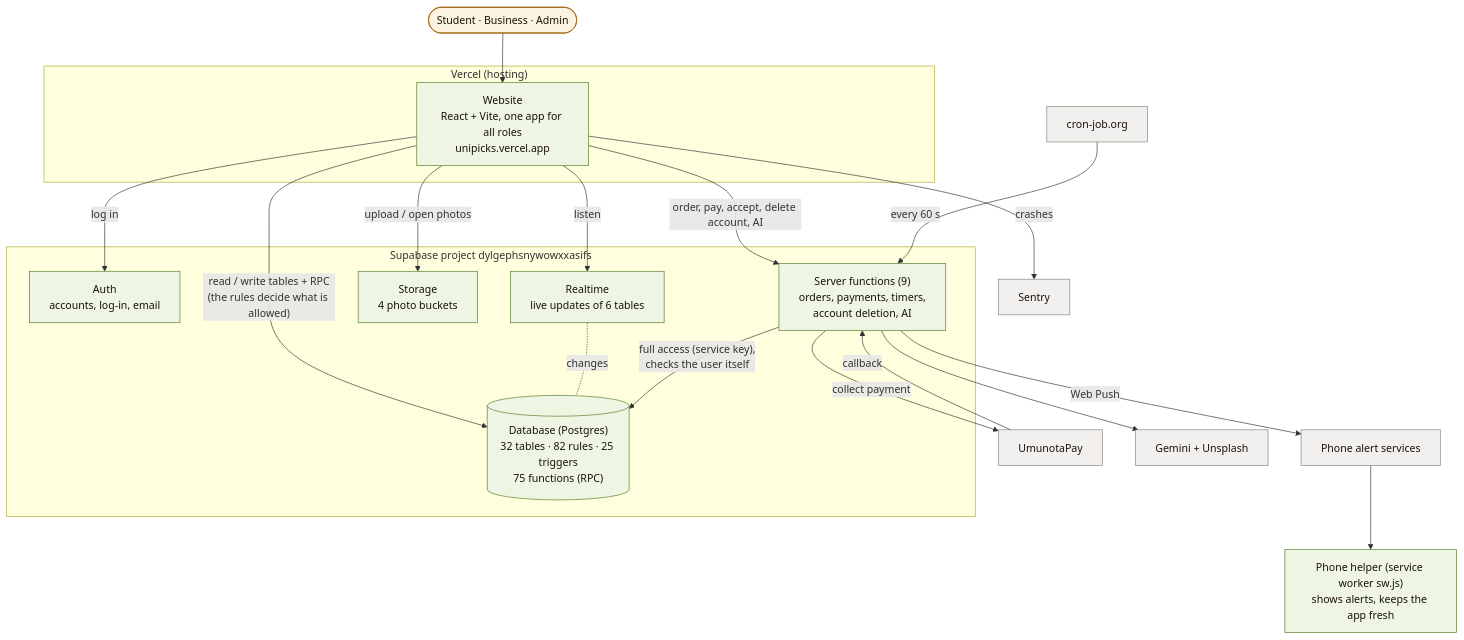
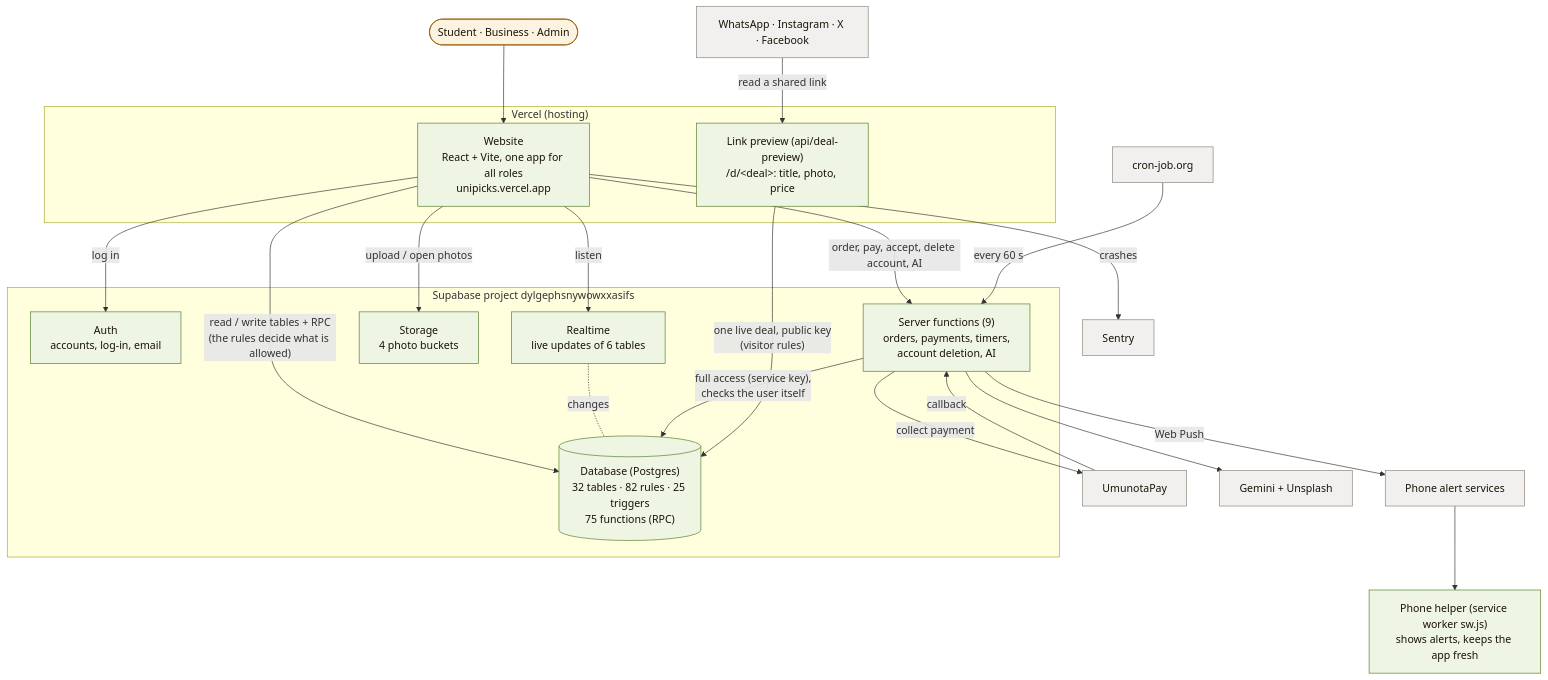
One commit to tangaza360-max/unipicks changed the first of 2 diagrams in docs/architecture/02-building-blocks.md. Above: the diagram before and after it, drawn with Mermaid. The commit also changed 7 other files, not shown here.

First line of the commit message:
feat(share): link previews for shared deals (/d/<id>)

````diff
--- a/docs/architecture/02-building-blocks.md
+++ b/docs/architecture/02-building-blocks.md
@@ -9,43 +9,47 @@
 ```mermaid
 flowchart TB
   classDef people fill:#fdf3e1,stroke:#9b5e08,color:#1b1308
   classDef ours fill:#eef5e3,stroke:#547a29,color:#1b1308
   classDef outside fill:#f1f0ee,stroke:#8a8377,color:#1b1308
 
   P([Student · Business · Admin]):::people
 
   subgraph VERCEL["Vercel (hosting)"]
     WEB["Website<br/>React + Vite, one app for all roles<br/>unipicks.vercel.app"]:::ours
+    PREV["Link preview (api/deal-preview)<br/>/d/&lt;deal&gt;: title, photo, price"]:::ours
   end
+  SOC[WhatsApp · Instagram · X · Facebook]:::outside
   SW["Phone helper (service worker sw.js)<br/>shows alerts, keeps the app fresh"]:::ours
 
   subgraph SUPA["Supabase project dylgephsnywowxxasifs"]
     AUTH["Auth<br/>accounts, log-in, email"]:::ours
     DB[("Database (Postgres)<br/>32 tables · 82 rules · 25 triggers<br/>75 functions (RPC)")]:::ours
     RT["Realtime<br/>live updates of 6 tables"]:::ours
     ST["Storage<br/>4 photo buckets"]:::ours
     EF["Server functions (9)<br/>orders, payments, timers,<br/>account deletion, AI"]:::ours
   end
 
   UP[UmunotaPay]:::outside
   PUSH[Phone alert services]:::outside
   CRON[cron-job.org]:::outside
   AI[Gemini + Unsplash]:::outside
   SEN[Sentry]:::outside
 
   P --> WEB
   WEB -- "log in" --> AUTH
   WEB -- "read / write tables + RPC<br/>(the rules decide what is allowed)" --> DB
   WEB -- "listen" --> RT
   RT -. "changes" .- DB
   WEB -- "upload / open photos" --> ST
   WEB -- "order, pay, accept, delete account, AI" --> EF
   EF -- "full access (service key),<br/>checks the user itself" --> DB
   EF -- "collect payment" --> UP
   UP -- "callback" --> EF
   EF -- "Web Push" --> PUSH
   PUSH --> SW
   CRON -- "every 60 s" --> EF
   EF --> AI
   WEB -- "crashes" --> SEN
+  SOC -- "read a shared link" --> PREV
+  PREV -- "one live deal, public key<br/>(visitor rules)" --> DB
 ```
````
